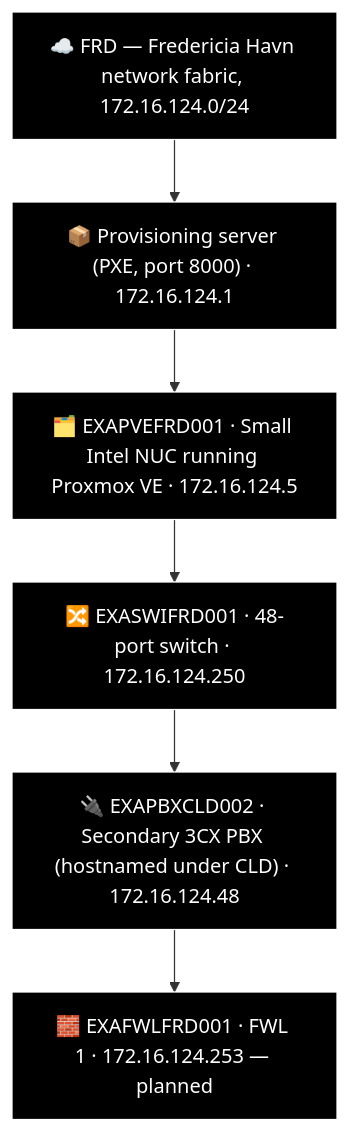
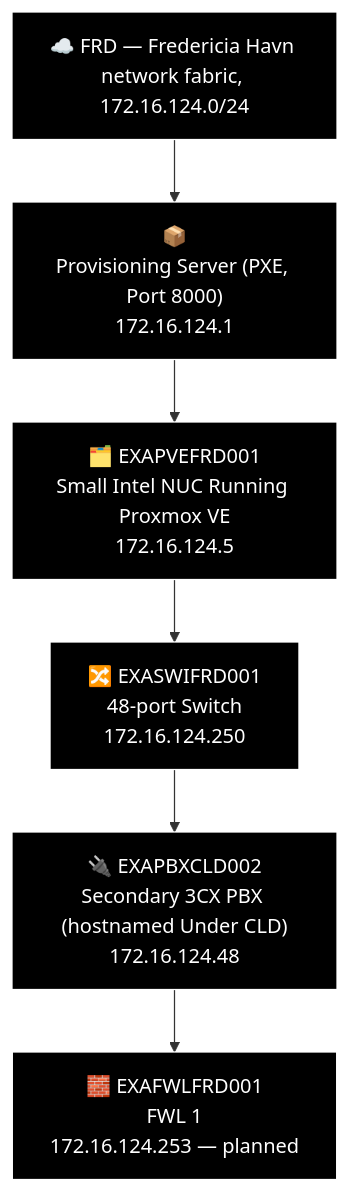
Diagram 16 of 18 in docs/network-diagram/danmark.md (knightmare2600/example_music_infra), drawn with Mermaid before and after one commit. The commit also changed other lines of this file and 18 other files, not shown here.

````diff
--- a/docs/network-diagram/danmark.md
+++ b/docs/network-diagram/danmark.md
@@ -609,19 +609,19 @@
 ```mermaid
 %% GENERATED:TOPOLOGY:FRD:START
 %%{init: {'flowchart': {'curve': 'stepAfter'}}}%%
 graph TD
     T_FRD["☁️ FRD — Fredericia Havn network fabric, 172.16.124.0/24"]
-    T_TMP["📦 Provisioning server (PXE, port 8000) · 172.16.124.1"]
-    T_PVE["🗂️ EXAPVEFRD001 · Small Intel NUC running Proxmox VE · 172.16.124.5"]
-    T_SWI["🔀 EXASWIFRD001 · 48-port switch · 172.16.124.250"]
-    T_PBX["🔌 EXAPBXCLD002 · Secondary 3CX PBX (hostnamed under CLD) · 172.16.124.48"]
-    T_FWL["🧱 EXAFWLFRD001 · FWL 1 · 172.16.124.253 — planned"]
+    T_TMP["📦<br/>Provisioning Server (PXE, Port 8000)<br/>172.16.124.1"]
+    T_PVE["🗂️ EXAPVEFRD001<br/>Small Intel NUC Running Proxmox VE<br/>172.16.124.5"]
+    T_SWI["🔀 EXASWIFRD001<br/>48-port Switch<br/>172.16.124.250"]
+    T_PBX["🔌 EXAPBXCLD002<br/>Secondary 3CX PBX (hostnamed Under CLD)<br/>172.16.124.48"]
+    T_FWL["🧱 EXAFWLFRD001<br/>FWL 1<br/>172.16.124.253 — planned"]
     T_FRD --> T_TMP --> T_PVE --> T_SWI --> T_PBX --> T_FWL
     style T_FRD fill:#000000,stroke:#FFFFFF,color:#FFFFFF
     style T_TMP fill:#000000,stroke:#FFFFFF,color:#FFFFFF
     style T_PVE fill:#000000,stroke:#FFFFFF,color:#FFFFFF
     style T_SWI fill:#000000,stroke:#FFFFFF,color:#FFFFFF
     style T_PBX fill:#000000,stroke:#FFFFFF,color:#FFFFFF
     style T_FWL fill:#000000,stroke:#FFFFFF,color:#FFFFFF
 %% GENERATED:TOPOLOGY:FRD:END
 ```
````
